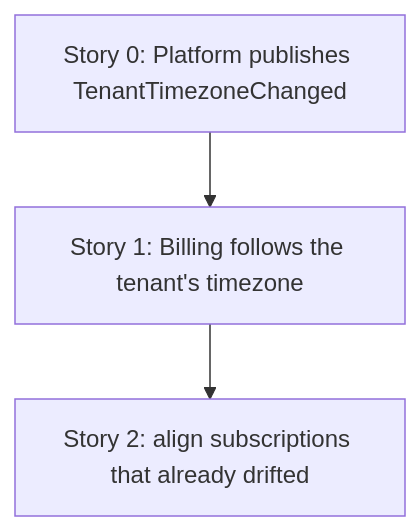
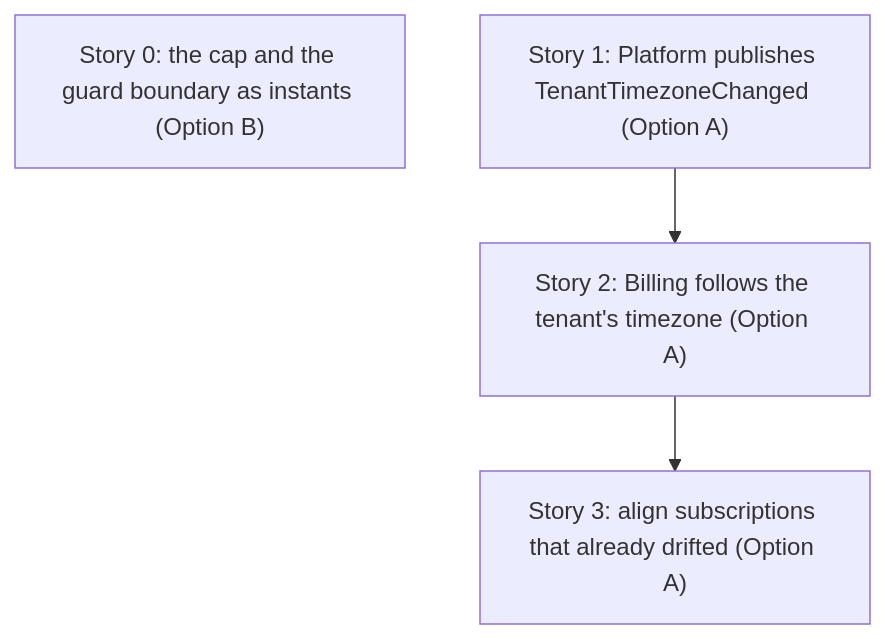
The diagram in td/TD61-BILLING-TIMEZONE-FOLLOWS-TENANT.md (lmmoreira/ikaro), drawn with Mermaid before and after one commit. The commit also changed other lines of this file, not shown here.

First line of the commit message:
docs(td): rewrite TD61 around decision 47 — instant cap (Option B) versus Billing following the tenant's timezone (Option A)

````diff
--- a/td/TD61-BILLING-TIMEZONE-FOLLOWS-TENANT.md
+++ b/td/TD61-BILLING-TIMEZONE-FOLLOWS-TENANT.md
@@ -181,5 +215,6 @@
 ```mermaid
 graph TD
-  S0["Story 0: Platform publishes TenantTimezoneChanged"] --> S1["Story 1: Billing follows the tenant's timezone"]
-  S1 --> S2["Story 2: align subscriptions that already drifted"]
+  S0["Story 0: the cap and the guard boundary as instants (Option B)"]
+  S1["Story 1: Platform publishes TenantTimezoneChanged (Option A)"] --> S2["Story 2: Billing follows the tenant's timezone (Option A)"]
+  S2 --> S3["Story 3: align subscriptions that already drifted (Option A)"]
 ```
````
